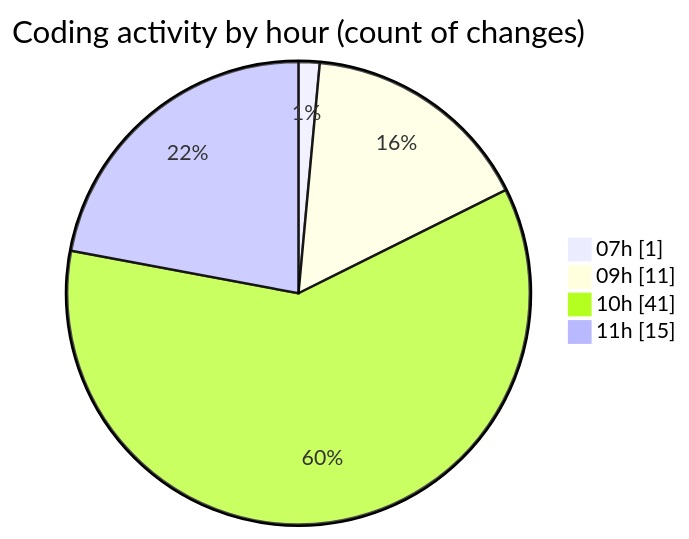
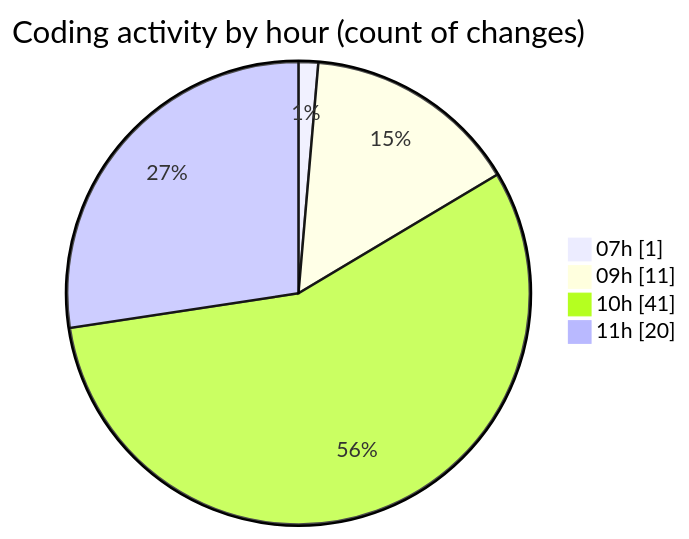
Before and after one commit to becaeroporto-bot/code-tracking: the second of 2 diagrams in 2026-02-17/id_ia/README.md, drawn with Mermaid. The commit also changed other lines of this file and 1 other file, not shown here.

````diff
--- a/2026-02-17/id_ia/README.md
+++ b/2026-02-17/id_ia/README.md
@@ -60,8 +63,8 @@
 ```mermaid
 pie showData
 title Coding activity by hour (count of changes)
 "07h" : 1
 "09h" : 11
 "10h" : 41
-"11h" : 15
+"11h" : 20
 ```
````
